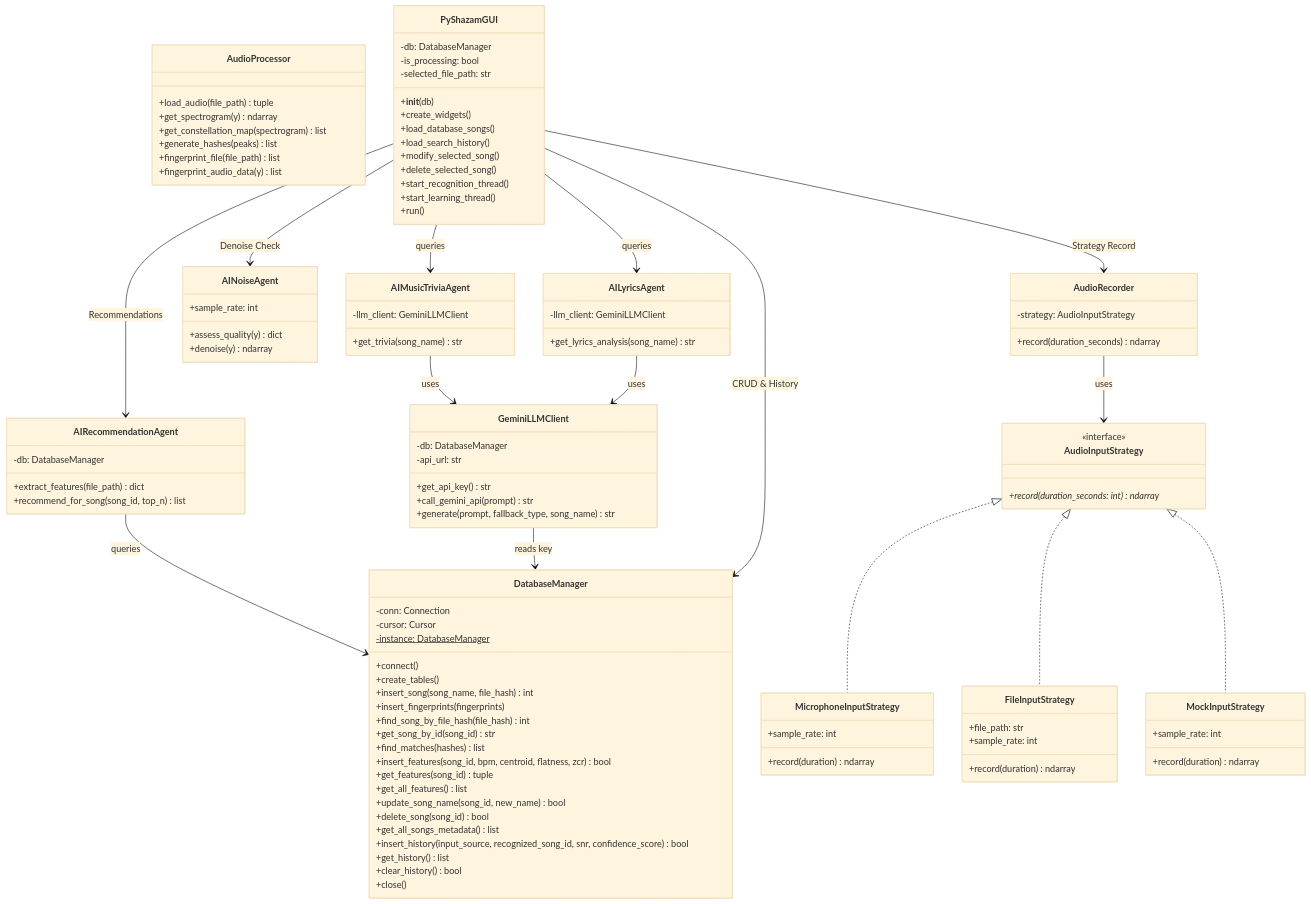
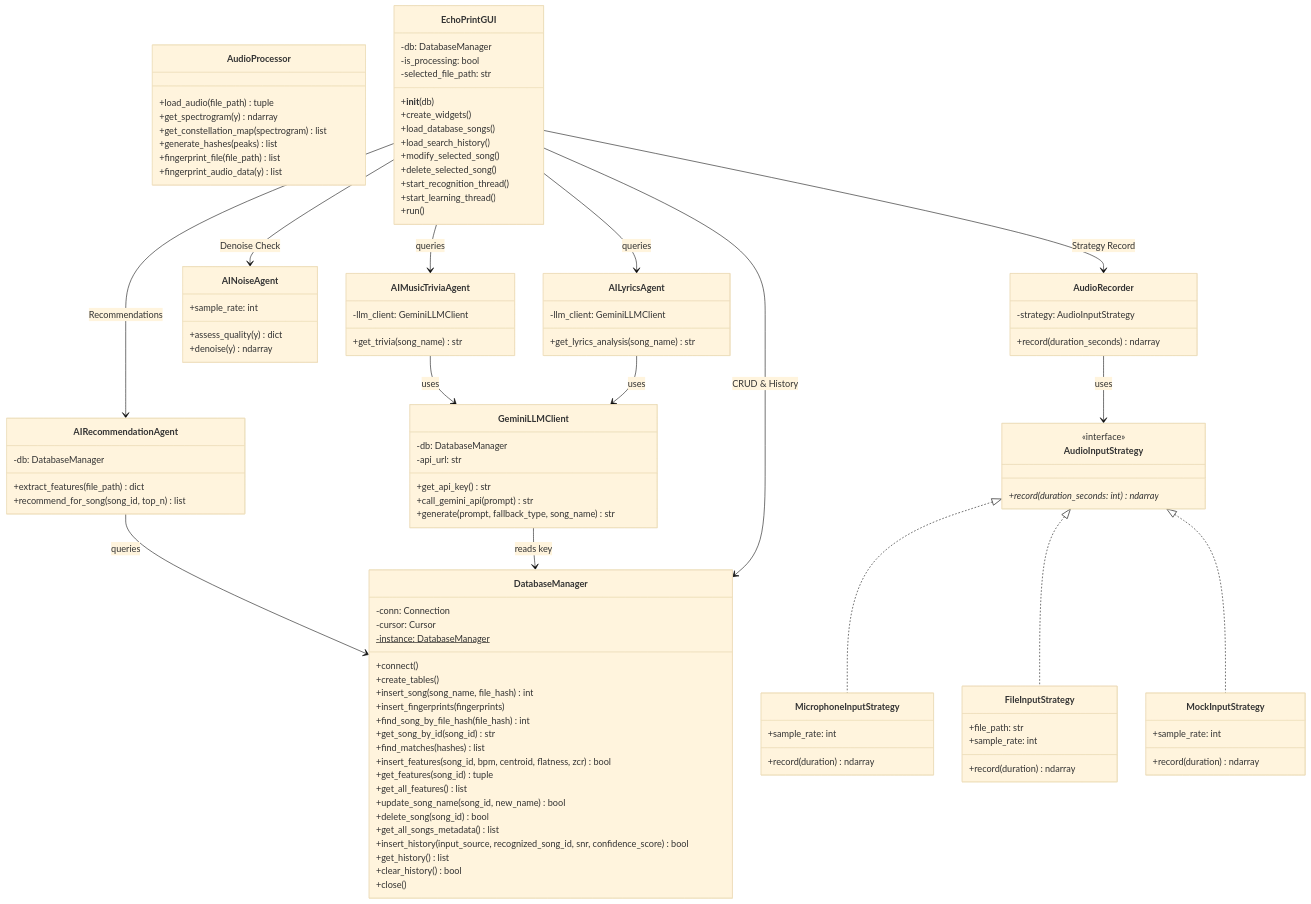
Before and after one commit to vladenachescu/EchoPrint: the diagram in README.md, drawn with Mermaid (base theme). The commit also changed other lines of this file and 11 other files, not shown here.

Commit message:
Refactor project name from PyShazam/Shazam to EchoPrint across all files and database name

````diff
--- a/README.md
+++ b/README.md
@@ -107,7 +107,7 @@
     }
     AILyricsAgent --> GeminiLLMClient : uses
     
-    class PyShazamGUI {
+    class EchoPrintGUI {
         -db: DatabaseManager
         -is_processing: bool
         -selected_file_path: str
@@ -121,10 +121,10 @@
         +start_learning_thread()
         +run()
     }
-    PyShazamGUI --> DatabaseManager : CRUD & History
-    PyShazamGUI --> AINoiseAgent : Denoise Check
-    PyShazamGUI --> AIRecommendationAgent : Recommendations
-    PyShazamGUI --> AudioRecorder : Strategy Record
-    PyShazamGUI --> AIMusicTriviaAgent : queries
-    PyShazamGUI --> AILyricsAgent : queries
+    EchoPrintGUI --> DatabaseManager : CRUD & History
+    EchoPrintGUI --> AINoiseAgent : Denoise Check
+    EchoPrintGUI --> AIRecommendationAgent : Recommendations
+    EchoPrintGUI --> AudioRecorder : Strategy Record
+    EchoPrintGUI --> AIMusicTriviaAgent : queries
+    EchoPrintGUI --> AILyricsAgent : queries
 ```
````
